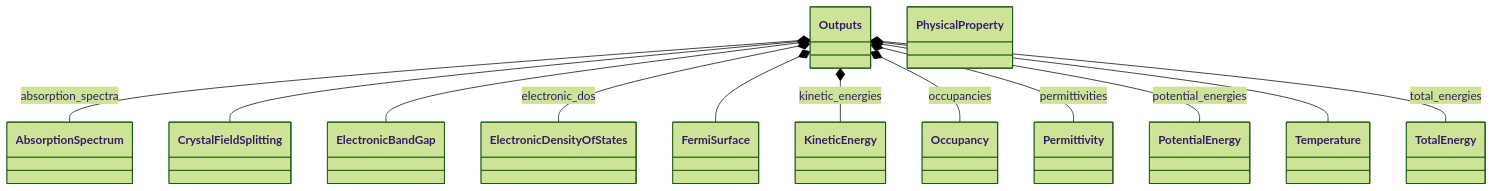
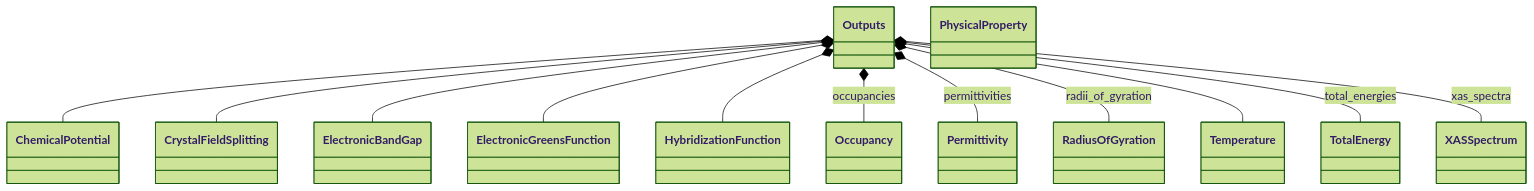
Before and after one commit to FAIRmat-NFDI/nomad-simulations: the second of 2 diagrams in docs/schema/outputs.diagram.md, drawn with Mermaid (forest theme). The commit also changed 27 other files, not shown here.

````diff
--- a/docs/schema/outputs.diagram.md
+++ b/docs/schema/outputs.diagram.md
@@ -68,40 +68,40 @@
 ```mermaid
 classDiagram
-    class AbsorptionSpectrum {
+    class ChemicalPotential {
     }
     class CrystalFieldSplitting {
     }
     class ElectronicBandGap {
     }
-    class ElectronicDensityOfStates {
+    class ElectronicGreensFunction {
     }
-    class FermiSurface {
-    }
-    class KineticEnergy {
+    class HybridizationFunction {
     }
     class Occupancy {
     }
     class Outputs {
     }
     class Permittivity {
     }
     class PhysicalProperty {
     }
-    class PotentialEnergy {
+    class RadiusOfGyration {
     }
     class Temperature {
     }
     class TotalEnergy {
     }
-    Outputs *-- AbsorptionSpectrum : absorption_spectra
+    class XASSpectrum {
+    }
+    Outputs *-- ChemicalPotential
     Outputs *-- CrystalFieldSplitting
     Outputs *-- ElectronicBandGap
-    Outputs *-- ElectronicDensityOfStates : electronic_dos
-    Outputs *-- FermiSurface
-    Outputs *-- KineticEnergy : kinetic_energies
+    Outputs *-- ElectronicGreensFunction
+    Outputs *-- HybridizationFunction
     Outputs *-- Occupancy : occupancies
     Outputs *-- Permittivity : permittivities
-    Outputs *-- PotentialEnergy : potential_energies
+    Outputs *-- RadiusOfGyration : radii_of_gyration
     Outputs *-- Temperature
     Outputs *-- TotalEnergy : total_energies
+    Outputs *-- XASSpectrum : xas_spectra
 ```
````
